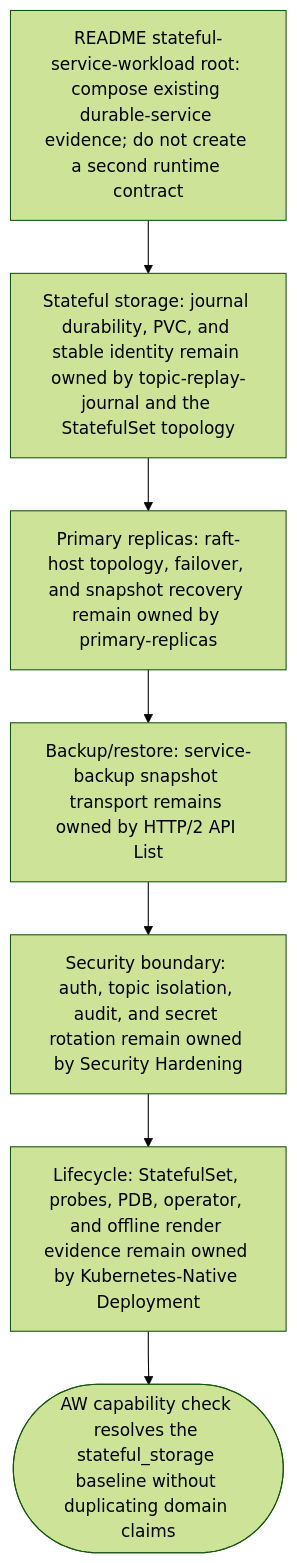
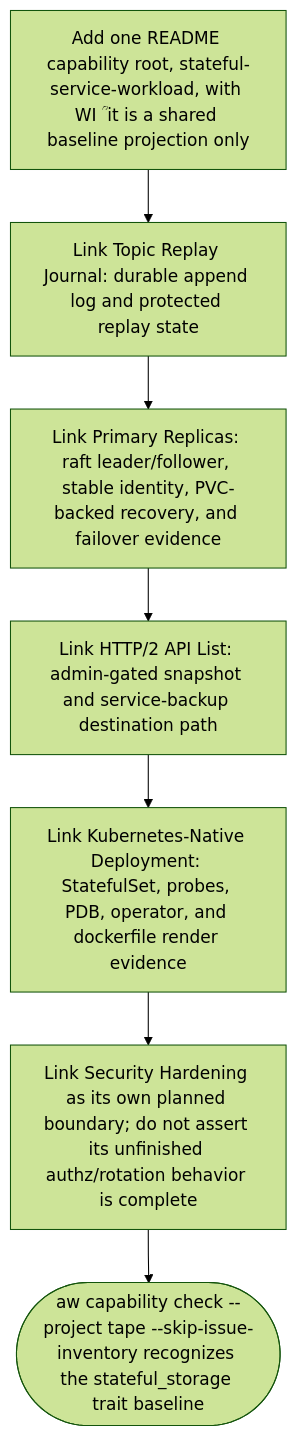
One commit to chrischeng-c4/axiom changed the diagram in apps/tape/tech-design/logic/project-the-stateful-service-workload-baseline.md. Above: the diagram before and after it, drawn with Mermaid (forest theme).

Commit message:
td(1554) — contract section: logic
Lifecycle-Slug: 1554
Work-Item: 1554
Lifecycle-Stage: Td-Contract-Complete
Lifecycle-Phase: td_created
Lifecycle-Pass: contract
TD-Section: logic
Previous-Phase: td_applicability_created
Next-Phase: td_created
Next-Command: aw td gen

````diff
--- a/apps/tape/tech-design/logic/project-the-stateful-service-workload-baseline.md
+++ b/apps/tape/tech-design/logic/project-the-stateful-service-workload-baseline.md
@@ -10,42 +10,42 @@
 ```mermaid
 ---
-id: tape-stateful-service-workload-projection
-entry: capability_root
+id: tape-stateful-service-workload-contract
+entry: root
 nodes:
-  capability_root:
+  root:
     kind: start
-    label: "README stateful-service-workload root: compose existing durable-service evidence; do not create a second runtime contract"
-  storage:
+    label: "Add one README capability root, stateful-service-workload, with WI #1554; it is a shared baseline projection only"
+  journal:
     kind: process
-    label: "Stateful storage: journal durability, PVC, and stable identity remain owned by topic-replay-journal and the StatefulSet topology"
+    label: "Link Topic Replay Journal: durable append log and protected replay state"
   replicas:
     kind: process
-    label: "Primary replicas: raft-host topology, failover, and snapshot recovery remain owned by primary-replicas"
+    label: "Link Primary Replicas: raft leader/follower, stable identity, PVC-backed recovery, and failover evidence"
   backup:
     kind: process
-    label: "Backup/restore: service-backup snapshot transport remains owned by HTTP/2 API List"
+    label: "Link HTTP/2 API List: admin-gated snapshot and service-backup destination path"
+  deploy:
+    kind: process
+    label: "Link Kubernetes-Native Deployment: StatefulSet, probes, PDB, operator, and dockerfile render evidence"
   security:
     kind: process
-    label: "Security boundary: auth, topic isolation, audit, and secret rotation remain owned by Security Hardening"
-  deployment:
-    kind: process
-    label: "Lifecycle: StatefulSet, probes, PDB, operator, and offline render evidence remain owned by Kubernetes-Native Deployment"
-  validation:
+    label: "Link Security Hardening as its own planned boundary; do not assert its unfinished authz/rotation behavior is complete"
+  check:
     kind: terminal
-    label: "AW capability check resolves the stateful_storage baseline without duplicating domain claims"
+    label: "aw capability check --project tape --skip-issue-inventory recognizes the stateful_storage trait baseline"
 edges:
-  - { from: capability_root, to: storage }
-  - { from: storage, to: replicas }
+  - { from: root, to: journal }
+  - { from: journal, to: replicas }
   - { from: replicas, to: backup }
-  - { from: backup, to: security }
-  - { from: security, to: deployment }
-  - { from: deployment, to: validation }
+  - { from: backup, to: deploy }
+  - { from: deploy, to: security }
+  - { from: security, to: check }
 ---
 flowchart TD
-    capability_root[README stateful-service-workload root: compose existing durable-service evidence; do not create a second runtime contract] --> storage[Stateful storage: journal durability, PVC, and stable identity remain owned by topic-replay-journal and the StatefulSet topology]
-    storage --> replicas[Primary replicas: raft-host topology, failover, and snapshot recovery remain owned by primary-replicas]
-    replicas --> backup[Backup/restore: service-backup snapshot transport remains owned by HTTP/2 API List]
-    backup --> security[Security boundary: auth, topic isolation, audit, and secret rotation remain owned by Security Hardening]
-    security --> deployment[Lifecycle: StatefulSet, probes, PDB, operator, and offline render evidence remain owned by Kubernetes-Native Deployment]
-    deployment --> validation([AW capability check resolves the stateful_storage baseline without duplicating domain claims])
+    root[Add one README capability root, stateful-service-workload, with WI #1554; it is a shared baseline projection only] --> journal[Link Topic Replay Journal: durable append log and protected replay state]
+    journal --> replicas[Link Primary Replicas: raft leader/follower, stable identity, PVC-backed recovery, and failover evidence]
+    replicas --> backup[Link HTTP/2 API List: admin-gated snapshot and service-backup destination path]
+    backup --> deploy[Link Kubernetes-Native Deployment: StatefulSet, probes, PDB, operator, and dockerfile render evidence]
+    deploy --> security[Link Security Hardening as its own planned boundary; do not assert its unfinished authz/rotation behavior is complete]
+    security --> check([aw capability check --project tape --skip-issue-inventory recognizes the stateful_storage trait baseline])
 ```
````
